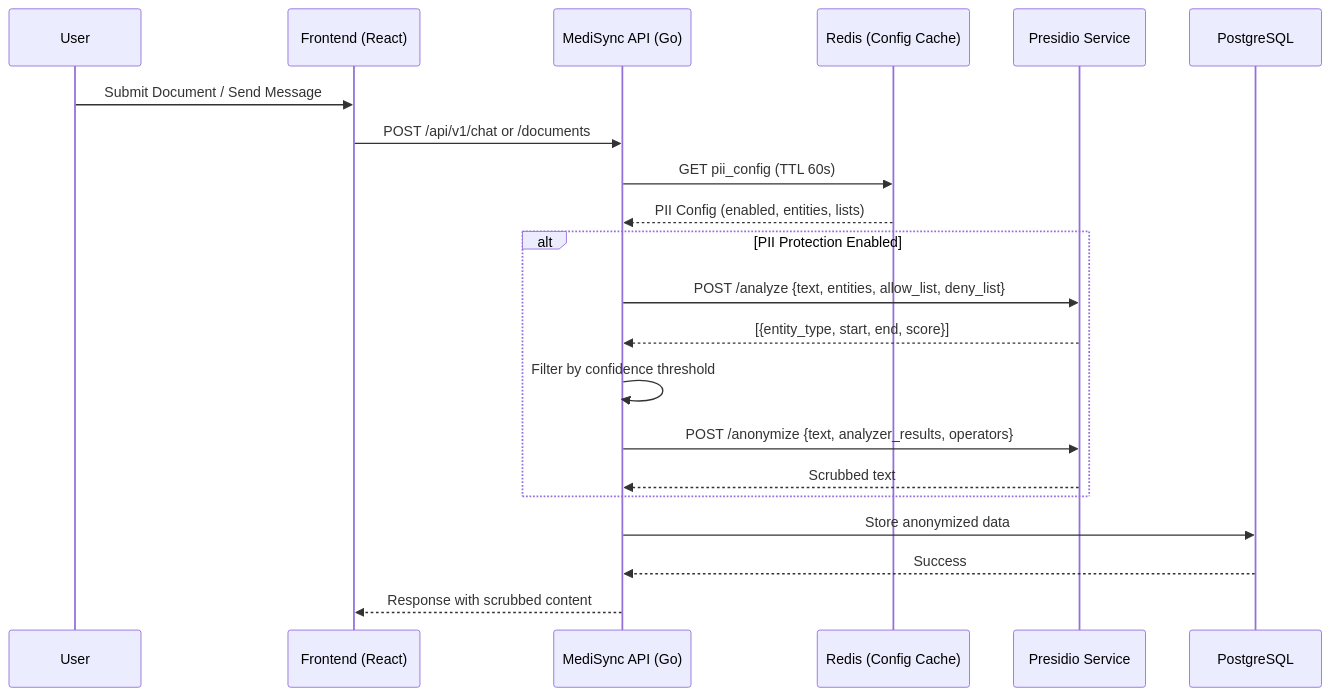
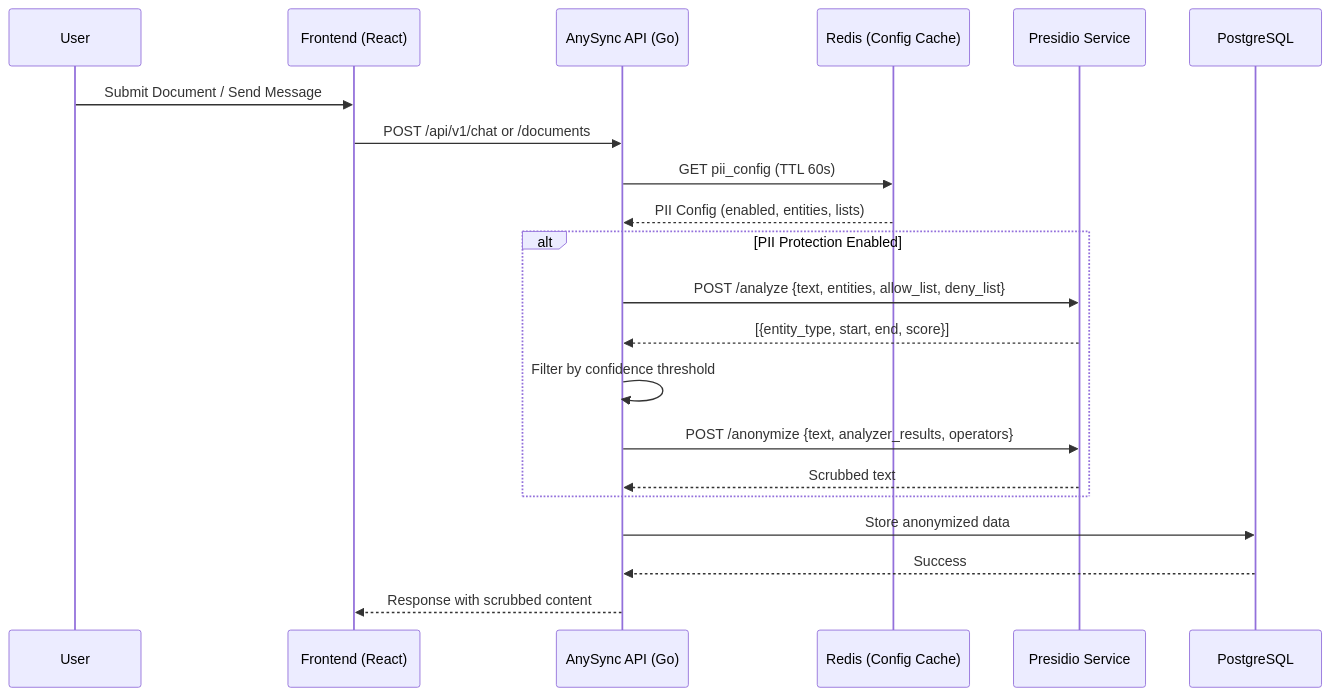
The first of 3 diagrams in docs/PII-PROTECTION.md (veerababumanyam/MediSync), drawn with Mermaid before and after one commit. The commit also changed other lines of this file and 417 other files, not shown here.

First line of the commit message:
feat: Comprehensive update to AnySync v0.0.5

````diff
--- a/docs/PII-PROTECTION.md
+++ b/docs/PII-PROTECTION.md
@@ -47,24 +47,24 @@
 ```mermaid
 sequenceDiagram
     participant User
     participant FE as Frontend (React)
-    participant API as MediSync API (Go)
+    participant API as AnySync API (Go)
     participant Cache as Redis (Config Cache)
     participant Presidio as Presidio Service
     participant DB as PostgreSQL
 
     User->>FE: Submit Document / Send Message
     FE->>API: POST /api/v1/chat or /documents
     API->>Cache: GET pii_config (TTL 60s)
     Cache-->>API: PII Config (enabled, entities, lists)
     alt PII Protection Enabled
         API->>Presidio: POST /analyze {text, entities, allow_list, deny_list}
         Presidio-->>API: [{entity_type, start, end, score}]
         API->>API: Filter by confidence threshold
         API->>Presidio: POST /anonymize {text, analyzer_results, operators}
         Presidio-->>API: Scrubbed text
     end
     API->>DB: Store anonymized data
     DB-->>API: Success
     API-->>FE: Response with scrubbed content
 ```
````
